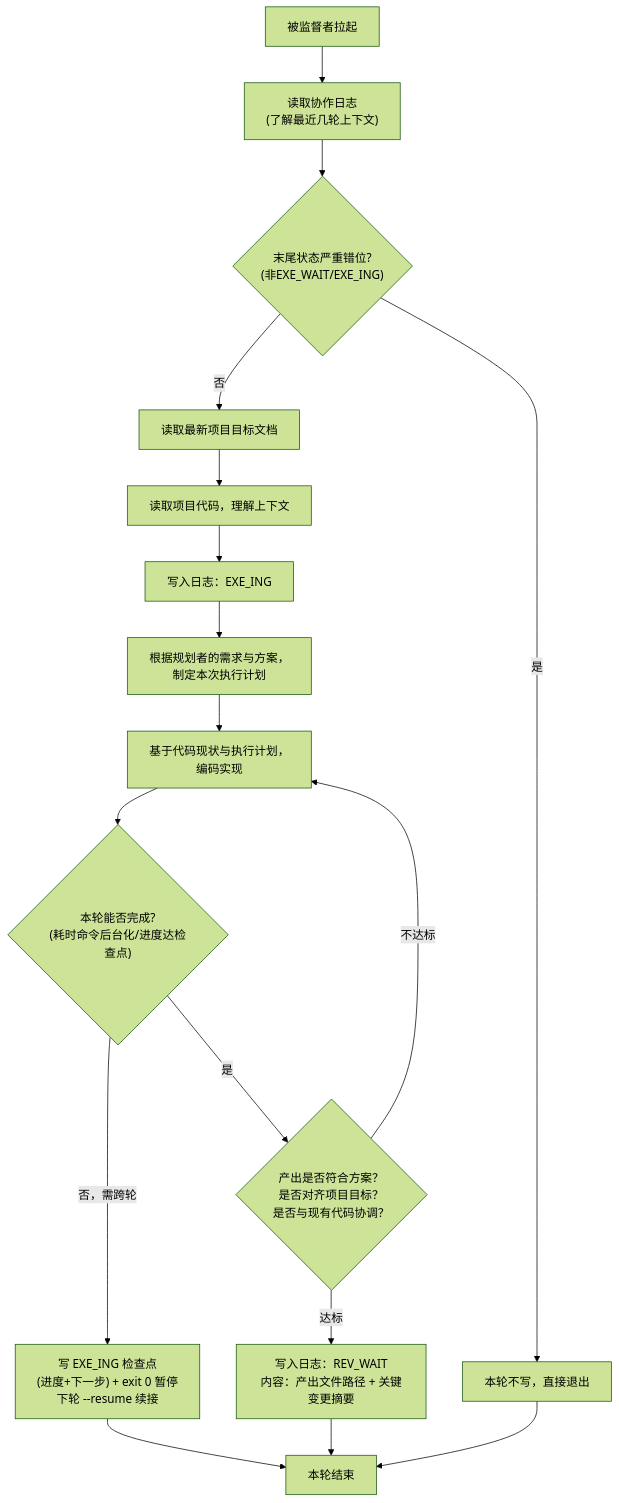
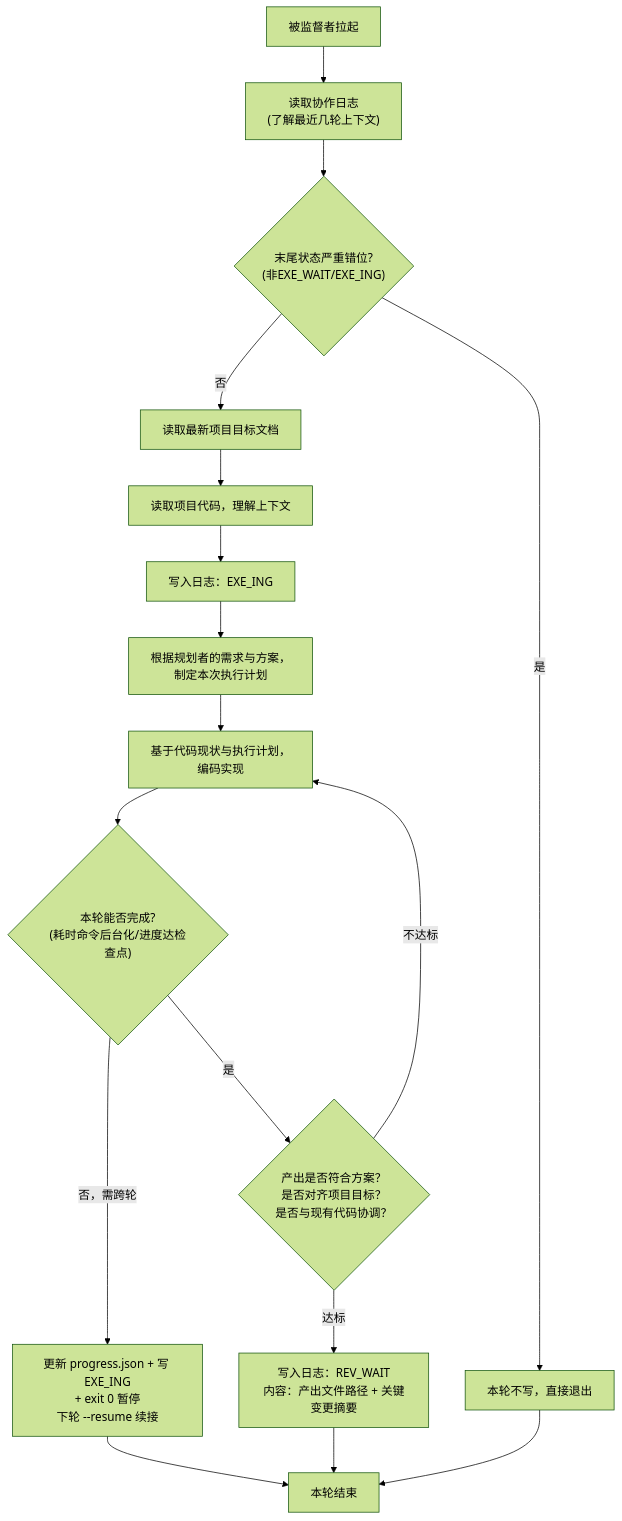
One commit to zhangzhanluo/pre-engineering changed the diagram in skills/pre-engineering/references/zh/执行者指导模板.md. Above: the diagram before and after it, drawn with Mermaid (forest theme). The commit also changed other lines of this file and 11 other files, not shown here.

````diff
--- a/skills/pre-engineering/references/zh/执行者指导模板.md
+++ b/skills/pre-engineering/references/zh/执行者指导模板.md
@@ -31,19 +31,19 @@
 ```mermaid
 flowchart TD
     Start["被监督者拉起"] --> ReadLog["读取协作日志<br/>(了解最近几轮上下文)"]
     ReadLog --> Check{"末尾状态严重错位?<br/>(非EXE_WAIT/EXE_ING)"}
     Check -->|是| Exit["本轮不写，直接退出"]
     Check -->|否| ReadGoal["读取最新项目目标文档"]
     ReadGoal --> ReadCode["读取项目代码，理解上下文"]
     ReadCode --> Begin["写入日志：EXE_ING"]
     Begin --> PlanExec["根据规划者的需求与方案，<br/>制定本次执行计划"]
     PlanExec --> Implement["基于代码现状与执行计划，<br/>编码实现"]
     Implement --> CanDone{"本轮能否完成?<br/>(耗时命令后台化/进度达检查点)"}
-    CanDone -->|否，需跨轮| Checkpoint["写 EXE_ING 检查点<br/>(进度+下一步) + exit 0 暂停<br/>下轮 --resume 续接"]
+    CanDone -->|否，需跨轮| Checkpoint["更新 progress.json + 写 EXE_ING<br/>+ exit 0 暂停<br/>下轮 --resume 续接"]
     CanDone -->|是| SelfCheck{"产出是否符合方案？<br/>是否对齐项目目标？<br/>是否与现有代码协调？"}
     SelfCheck -->|不达标| Implement
     SelfCheck -->|达标| Write["写入日志：REV_WAIT<br/>内容：产出文件路径 + 关键变更摘要"]
     Checkpoint --> End["本轮结束"]
     Write --> End
     Exit --> End
 ```
````
